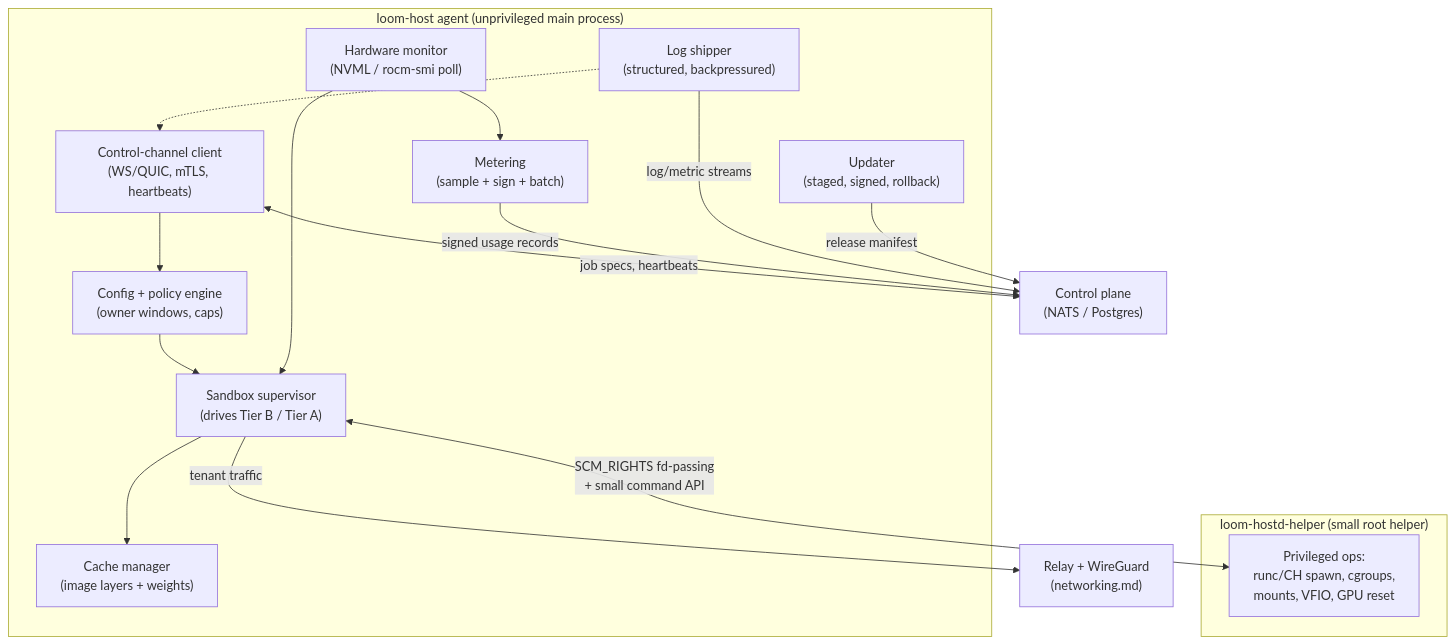
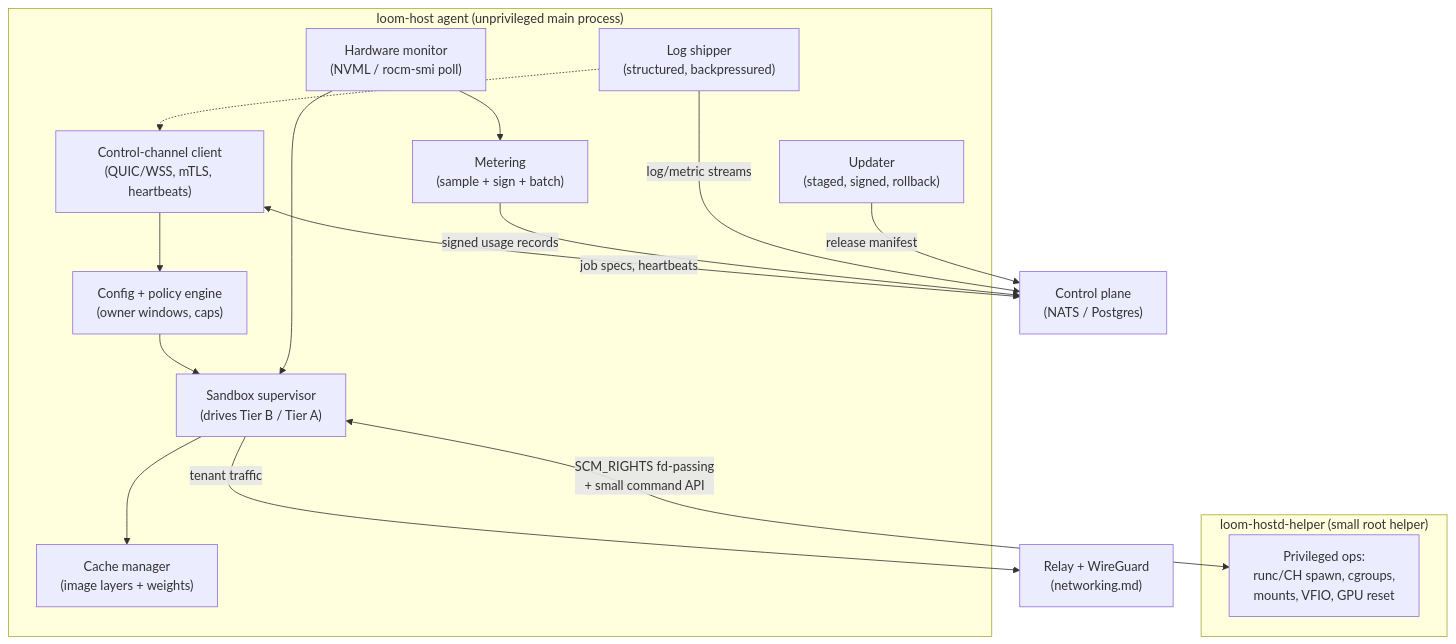
One commit to Zarlanx/loom changed the first of 3 diagrams in docs/platform/host-agent.md. Above: the diagram before and after it, drawn with Mermaid. The commit also changed other lines of this file and 2 other files, not shown here.

Commit message:
review: verification pass — factual corrections, link and mermaid fixes

````diff
--- a/docs/platform/host-agent.md
+++ b/docs/platform/host-agent.md
@@ -29,33 +29,33 @@
 ```mermaid
 flowchart TB
     subgraph agent["loom-host agent (unprivileged main process)"]
-        CC["Control-channel client<br/>(WS/QUIC, mTLS, heartbeats)"]
+        CC["Control-channel client<br/>(QUIC/WSS, mTLS, heartbeats)"]
         HM["Hardware monitor<br/>(NVML / rocm-smi poll)"]
         SS["Sandbox supervisor<br/>(drives Tier B / Tier A)"]
         MET["Metering<br/>(sample + sign + batch)"]
         LOG["Log shipper<br/>(structured, backpressured)"]
         CM["Cache manager<br/>(image layers + weights)"]
         UPD["Updater<br/>(staged, signed, rollback)"]
         CFG["Config + policy engine<br/>(owner windows, caps)"]
     end
 
     subgraph helper["loom-hostd-helper (small root helper)"]
         PRIV["Privileged ops:<br/>runc/CH spawn, cgroups,<br/>mounts, VFIO, GPU reset"]
     end
 
     CP["Control plane<br/>(NATS / Postgres)"]
     RELAY["Relay + WireGuard<br/>(networking.md)"]
 
     CC <-->|"job specs, heartbeats"| CP
     MET -->|"signed usage records"| CP
     LOG -->|"log/metric streams"| CP
     UPD -->|"release manifest"| CP
     CC --> CFG
     CFG --> SS
     HM --> SS
     HM --> MET
     SS <-->|"SCM_RIGHTS fd-passing<br/>+ small command API"| PRIV
     SS --> CM
     SS -->|"tenant traffic"| RELAY
     LOG -.-> CC
 ```
````
